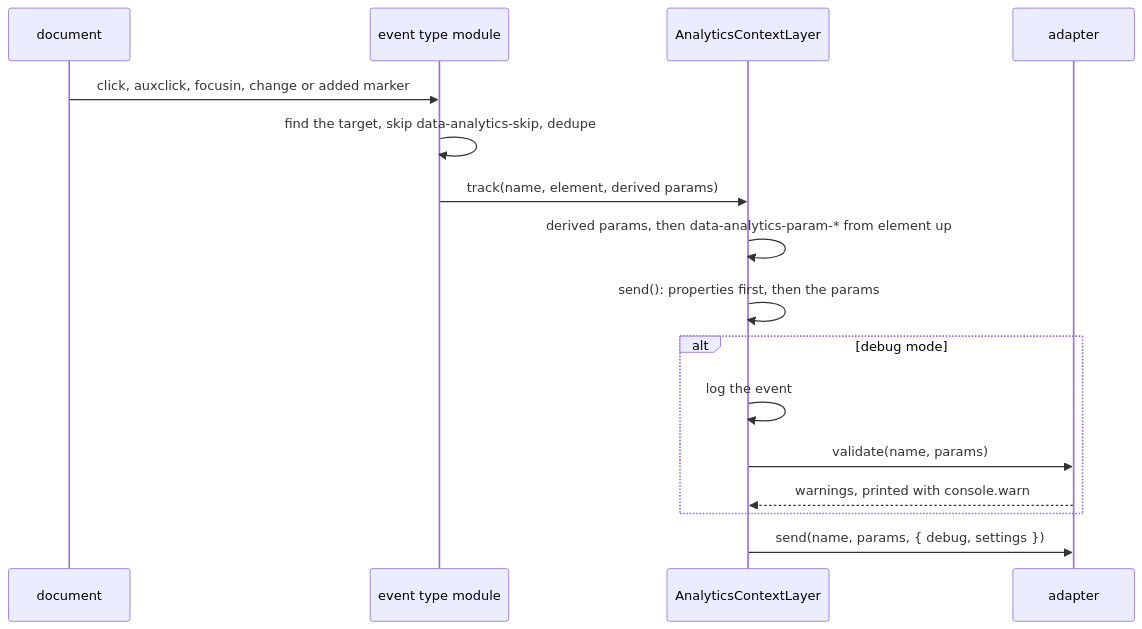
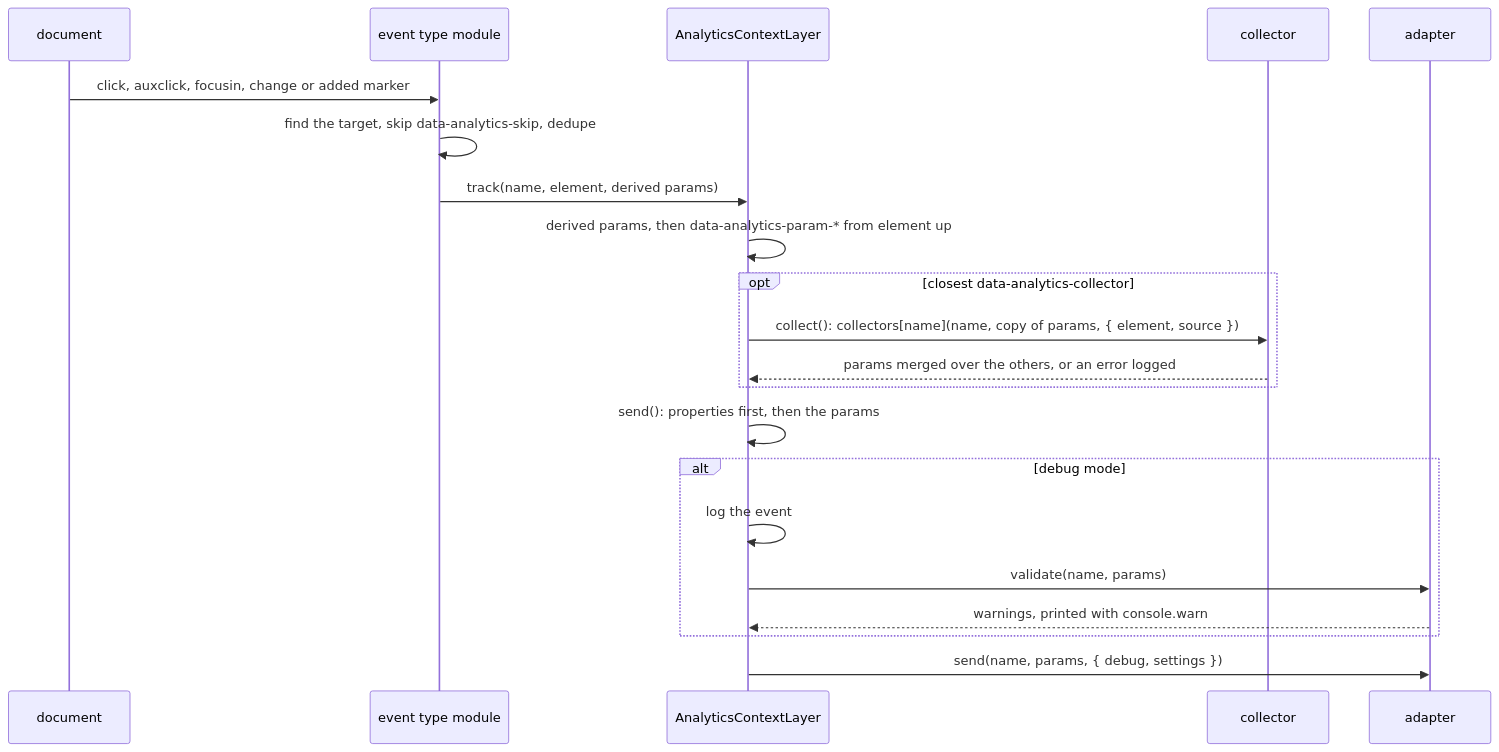
Before and after one commit to drevops/axel: the third of 3 diagrams in docs/architecture/README.md, drawn with Mermaid. The commit also changed other lines of this file, not shown here.

Commit message:
Updated the architecture docs for group titles, submit destinations and collectors.

````diff
--- a/docs/architecture/README.md
+++ b/docs/architecture/README.md
@@ -83,19 +83,24 @@
 ```mermaid
-%% Traced from: src/core/event-types/*.js, src/core/core.js track() and send(), src/core/dom.js collectParams(), src/adapters/ga4.js.
+%% Traced from: src/core/event-types/*.js, src/core/core.js track(), collect() and send(), src/core/dom.js collectParams(), src/adapters/ga4.js.
 sequenceDiagram
     participant Page as document
     participant Type as event type module
     participant ACL as AnalyticsContextLayer
+    participant Collector as collector
     participant Adapter as adapter
     Page->>Type: click, auxclick, focusin, change or added marker
     Type->>Type: find the target, skip data-analytics-skip, dedupe
     Type->>ACL: track(name, element, derived params)
     ACL->>ACL: derived params, then data-analytics-param-* from element up
+    opt closest data-analytics-collector
+        ACL->>Collector: collect(): collectors[name](name, copy of params, { element, source })
+        Collector-->>ACL: params merged over the others, or an error logged
+    end
     ACL->>ACL: send(): properties first, then the params
     alt debug mode
         ACL->>ACL: log the event
         ACL->>Adapter: validate(name, params)
         Adapter-->>ACL: warnings, printed with console.warn
     end
     ACL->>Adapter: send(name, params, { debug, settings })
 ```
````
